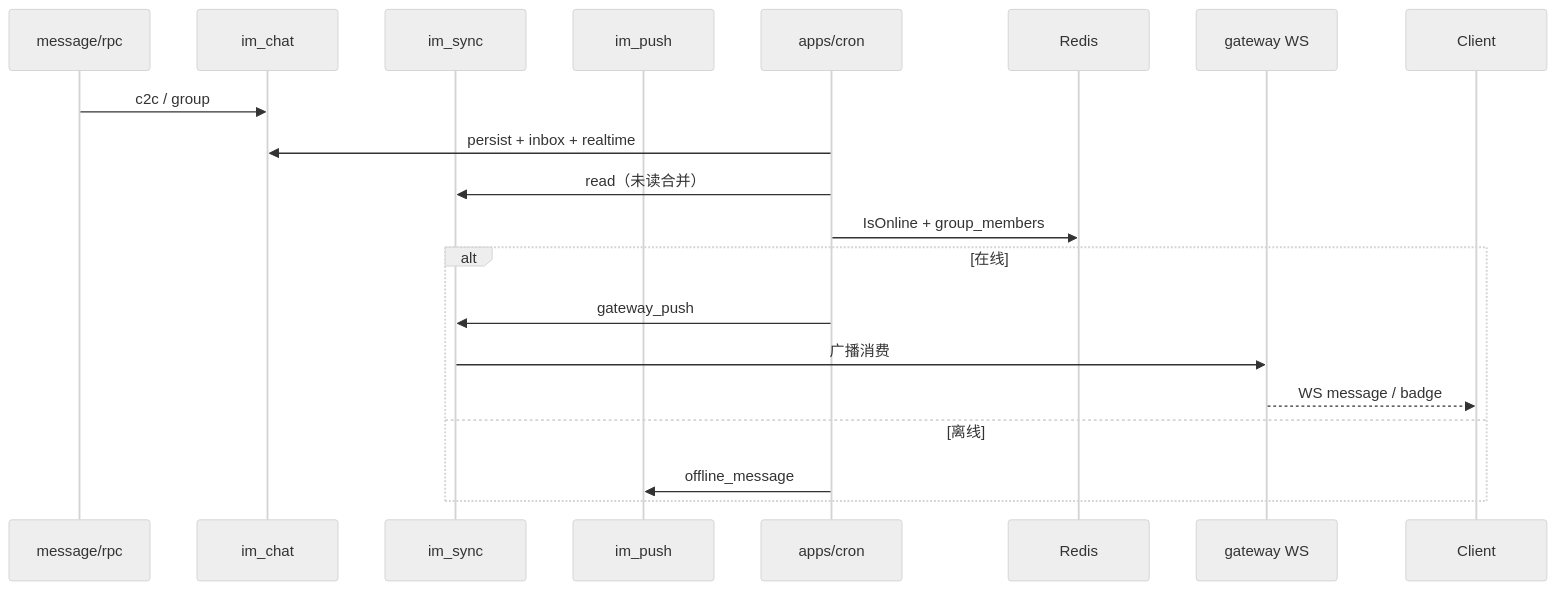
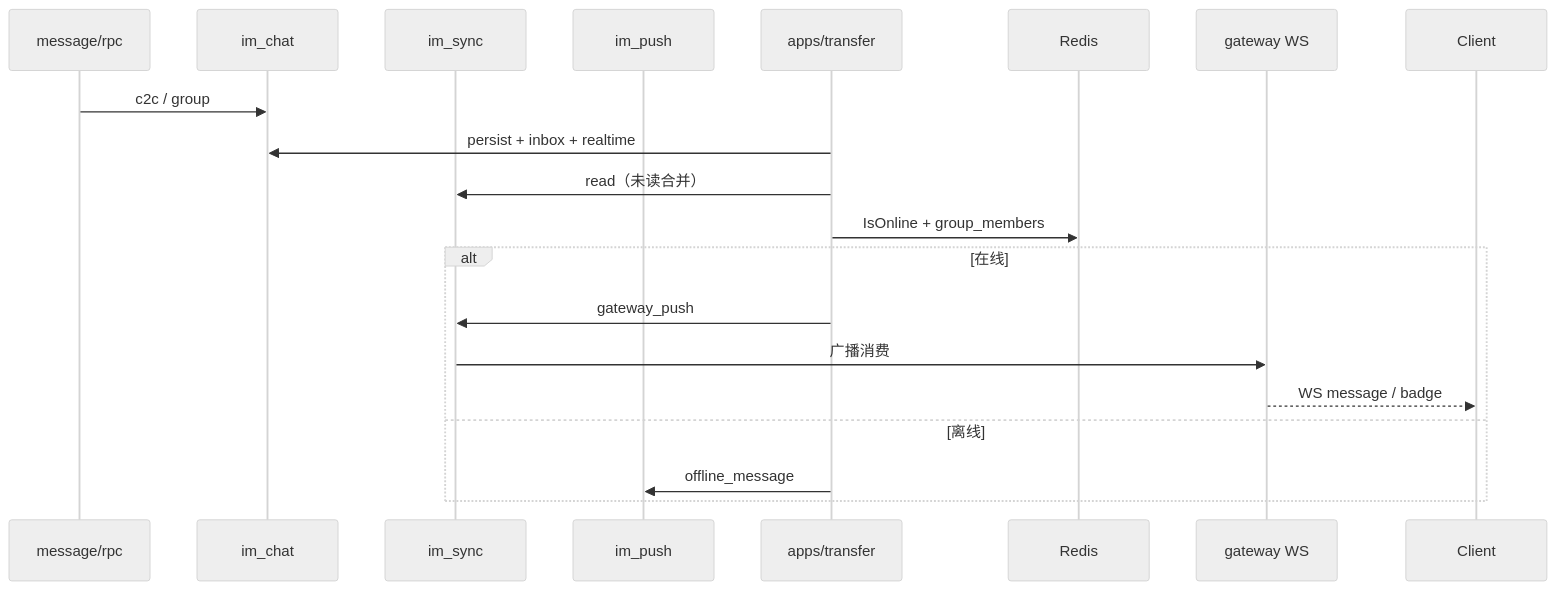
Before and after one commit to AlbertChenshiqi/im: the fourth of 6 diagrams in README.md, drawn with Mermaid (neutral theme). The commit also changed other lines of this file and 119 other files, not shown here.

````diff
--- a/README.md
+++ b/README.md
@@ -186,23 +182,23 @@
 ```mermaid
 sequenceDiagram
   participant MRPC as message/rpc
   participant Chat as im_chat
   participant Sync as im_sync
   participant Push as im_push
-  participant Cron as apps/cron
+  participant Transfer as apps/transfer
   participant Redis as Redis
   participant GW as gateway WS
   participant C as Client
 
   MRPC->>Chat: c2c / group
-  Cron->>Chat: persist + inbox + realtime
-  Cron->>Sync: read（未读合并）
-  Cron->>Redis: IsOnline + group_members
+  Transfer->>Chat: persist + inbox + realtime
+  Transfer->>Sync: read（未读合并）
+  Transfer->>Redis: IsOnline + group_members
   alt 在线
-    Cron->>Sync: gateway_push
+    Transfer->>Sync: gateway_push
     Sync->>GW: 广播消费
     GW-->>C: WS message / badge
   else 离线
-    Cron->>Push: offline_message
+    Transfer->>Push: offline_message
   end
 ```
````
